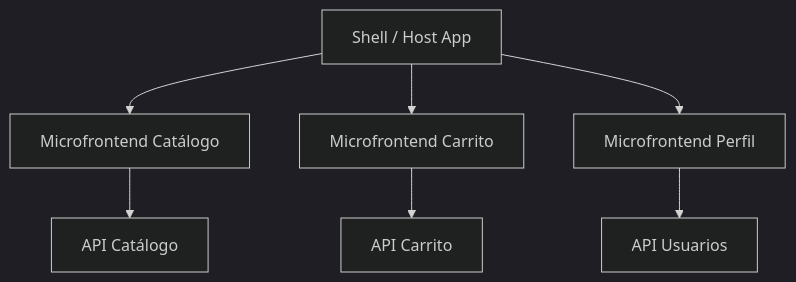
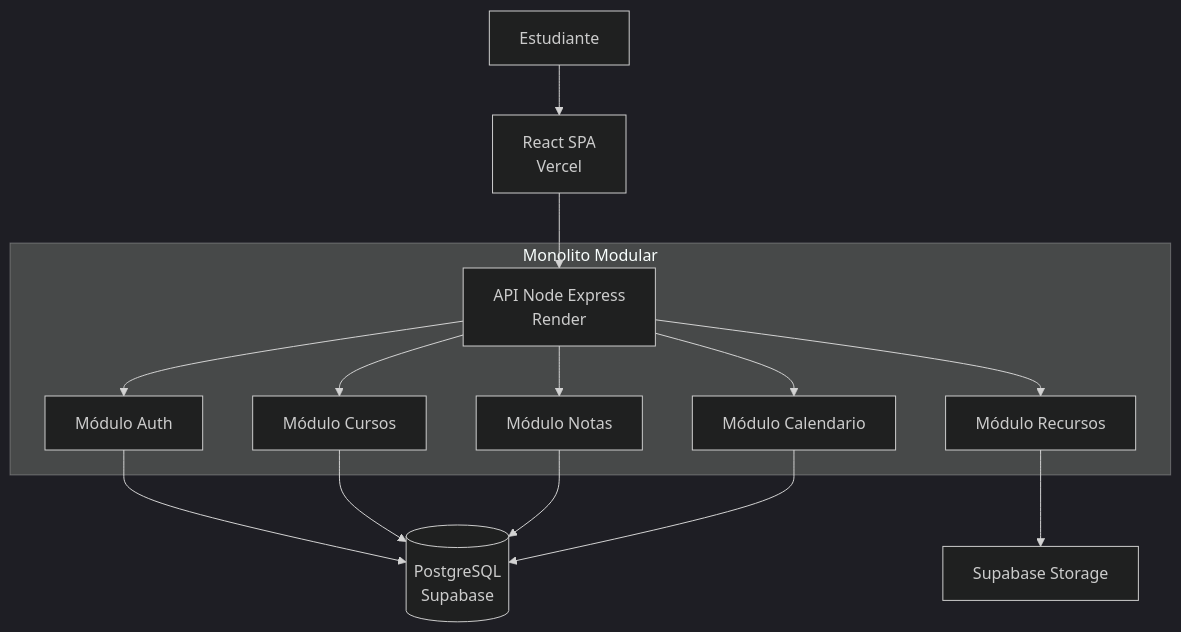
Before and after one commit to Umbingelelo/ejercicios-portafolio_titulo-001V: diagram 12 of 14 in Ejercicio_6_Patrones_Arquitectura_y_Despliegue.md, drawn with Mermaid (dark theme). The commit also changed other lines of this file, not shown here.

````diff
--- a/Ejercicio_6_Patrones_Arquitectura_y_Despliegue.md
+++ b/Ejercicio_6_Patrones_Arquitectura_y_Despliegue.md
@@ -1834,9 +1533,17 @@
 ```mermaid
 flowchart TB
-    SHELL[Shell / Host App] --> MF1[Microfrontend Catálogo]
-    SHELL --> MF2[Microfrontend Carrito]
-    SHELL --> MF3[Microfrontend Perfil]
-    MF1 --> API1[API Catálogo]
-    MF2 --> API2[API Carrito]
-    MF3 --> API3[API Usuarios]
+    U[Estudiante] --> WEB[React SPA<br/>Vercel]
+    WEB --> API[API Node Express<br/>Render]
+    subgraph "Monolito Modular"
+        API --> M1[Módulo Auth]
+        API --> M2[Módulo Cursos]
+        API --> M3[Módulo Notas]
+        API --> M4[Módulo Calendario]
+        API --> M5[Módulo Recursos]
+    end
+    M1 --> DB[(PostgreSQL<br/>Supabase)]
+    M2 --> DB
+    M3 --> DB
+    M4 --> DB
+    M5 --> S3[Supabase Storage]
 ```
````
